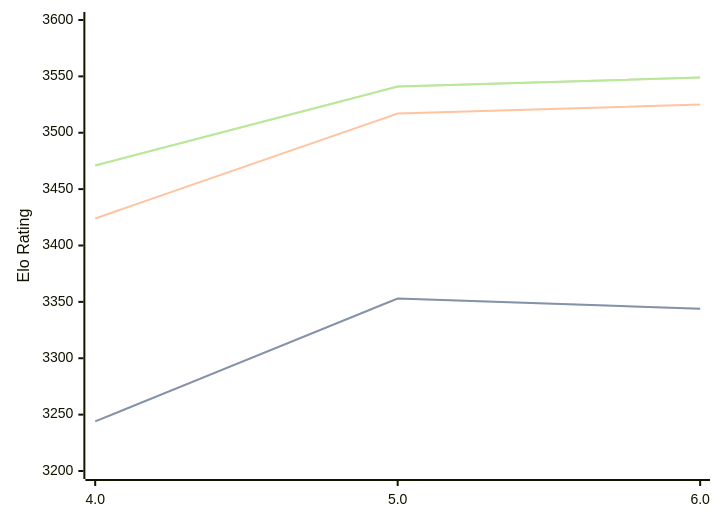
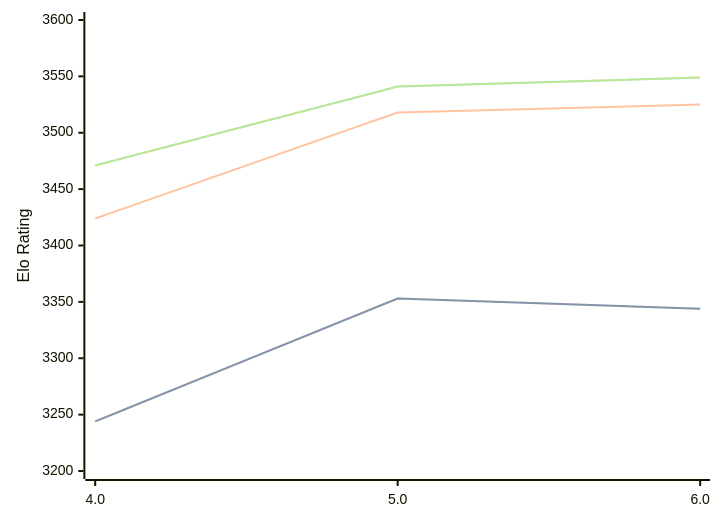
Before and after one commit to computer-chess-index/cci: the diagram in engines/Tarnished.md, drawn with Mermaid. The commit also changed other lines of this file, not shown here.

````diff
--- a/engines/Tarnished.md
+++ b/engines/Tarnished.md
@@ -37,11 +37,11 @@
 ```mermaid
 %%{init: {"theme":"base","themeVariables":{"seriesColors:['#a3a3a3','#222221','#faa371']}}}%%
 xychart-beta
   x-axis ["4.0", "5.0", "6.0"]
   y-axis "Elo Rating" 3200 --> 3600
   line "STC (8.0+0.08s)" [3244, 3353, 3344]
   line "STC (8.0+0.08s)" [3244, 3353, 3344]
-  line "LTC (60.0+0.60s)" [3424, 3517, 3525]
+  line "LTC (60.0+0.60s)" [3424, 3518, 3525]
   line "VLTC (2m24s+1.12s)" [3471, 3541, 3549]
   line "VLTC (2m24s+1.12s)" [3471, 3541, 3549]
 ```
````
